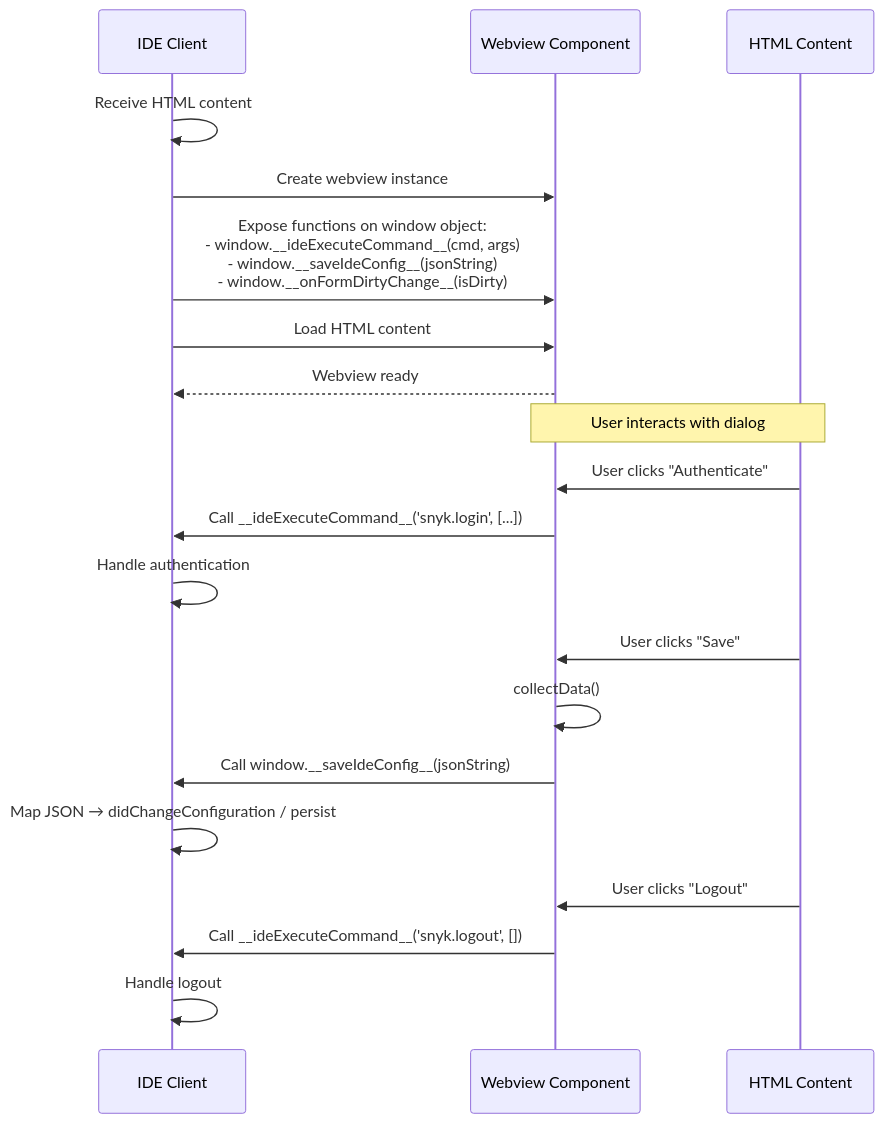
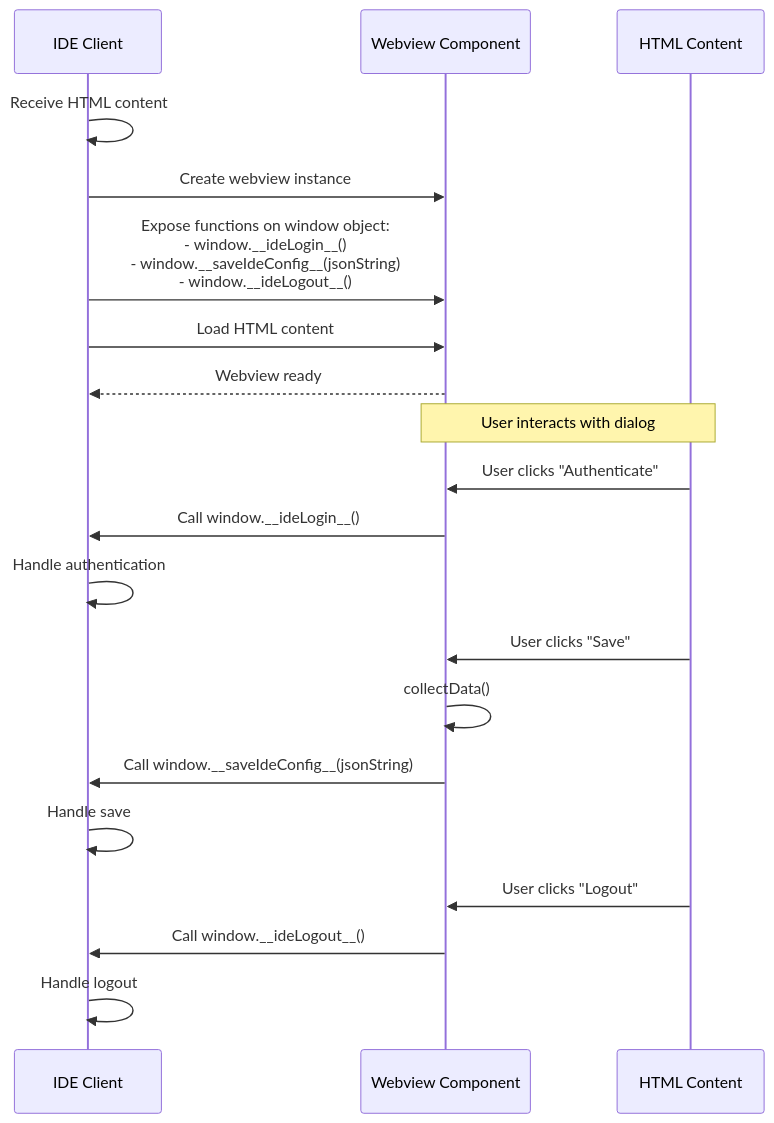
One commit to snyk/snyk-ls changed the second of 5 diagrams in docs/configuration-dialog.md. Above: the diagram before and after it, drawn with Mermaid. The commit also changed other lines of this file and 387 other files, not shown here.

````diff
--- a/docs/configuration-dialog.md
+++ b/docs/configuration-dialog.md
@@ -260,31 +424,31 @@
 ```mermaid
 sequenceDiagram
     participant IDE as IDE Client
     participant Webview as Webview Component
     participant HTML as HTML Content
 
     IDE->>IDE: Receive HTML content
 
     IDE->>Webview: Create webview instance
 
-    IDE->>Webview: Expose functions on window object:<br/>- window.__ideExecuteCommand__(cmd, args)<br/>- window.__saveIdeConfig__(jsonString)<br/>- window.__onFormDirtyChange__(isDirty)
+    IDE->>Webview: Expose functions on window object:<br/>- window.__ideLogin__()<br/>- window.__saveIdeConfig__(jsonString)<br/>- window.__ideLogout__()
 
     IDE->>Webview: Load HTML content
 
     Webview-->>IDE: Webview ready
 
     Note over HTML,Webview: User interacts with dialog
 
     HTML->>Webview: User clicks "Authenticate"
-    Webview->>IDE: Call __ideExecuteCommand__('snyk.login', [...])
+    Webview->>IDE: Call window.__ideLogin__()
     IDE->>IDE: Handle authentication
 
     HTML->>Webview: User clicks "Save"
     Webview->>Webview: collectData()
     Webview->>IDE: Call window.__saveIdeConfig__(jsonString)
-    IDE->>IDE: Map JSON → didChangeConfiguration / persist
+    IDE->>IDE: Handle save
 
     HTML->>Webview: User clicks "Logout"
-    Webview->>IDE: Call __ideExecuteCommand__('snyk.logout', [])
+    Webview->>IDE: Call window.__ideLogout__()
     IDE->>IDE: Handle logout
 ```
````
